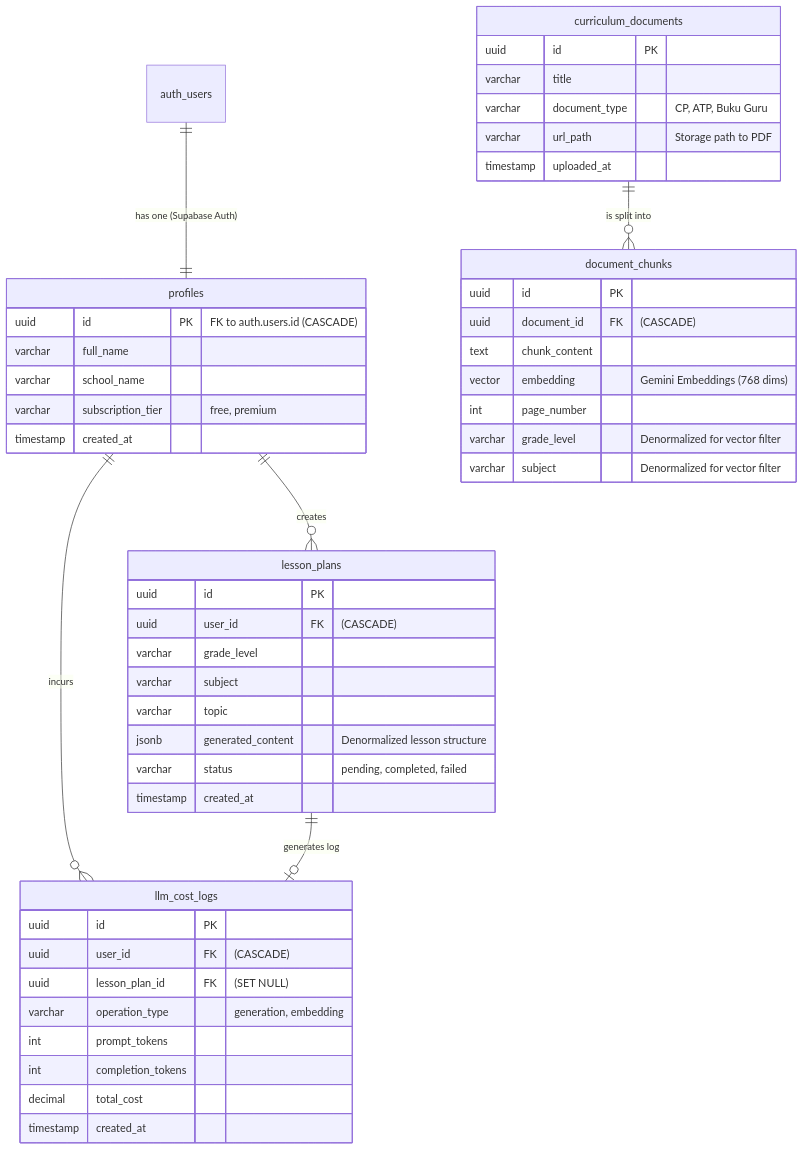
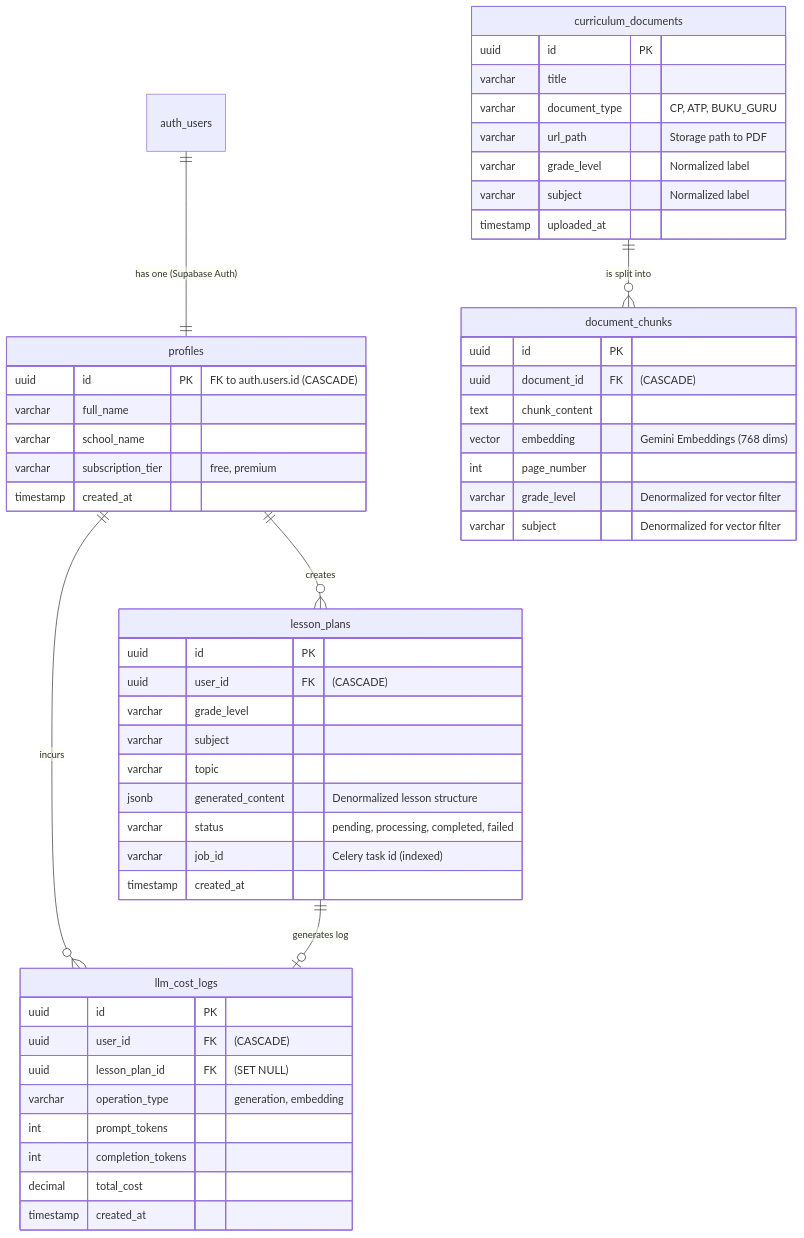
The diagram in sarpebe-backend/docs/DATABASE.md (ahmadammarm/sarpebe), drawn with Mermaid before and after one commit. The commit also changed other lines of this file and 3 other files, not shown here.

Commit message:
docs: reflect quota removal, DB-derived job status and new hooks

````diff
--- a/sarpebe-backend/docs/DATABASE.md
+++ b/sarpebe-backend/docs/DATABASE.md
@@ -7,58 +7,61 @@
 ```mermaid
 erDiagram
     auth_users ||--|| profiles : "has one (Supabase Auth)"
     profiles ||--o{ lesson_plans : "creates"
     profiles ||--o{ llm_cost_logs : "incurs"
     
     curriculum_documents ||--o{ document_chunks : "is split into"
     
     lesson_plans ||--o| llm_cost_logs : "generates log"
 
     profiles {
         uuid id PK "FK to auth.users.id (CASCADE)"
         varchar full_name
         varchar school_name
         varchar subscription_tier "free, premium"
         timestamp created_at
     }
 
     curriculum_documents {
         uuid id PK
         varchar title
-        varchar document_type "CP, ATP, Buku Guru"
+        varchar document_type "CP, ATP, BUKU_GURU"
         varchar url_path "Storage path to PDF"
+        varchar grade_level "Normalized label"
+        varchar subject "Normalized label"
         timestamp uploaded_at
     }
 
     document_chunks {
         uuid id PK
         uuid document_id FK "(CASCADE)"
         text chunk_content
         vector embedding "Gemini Embeddings (768 dims)"
         int page_number
         varchar grade_level "Denormalized for vector filter"
         varchar subject "Denormalized for vector filter"
     }
 
     lesson_plans {
         uuid id PK
         uuid user_id FK "(CASCADE)"
         varchar grade_level
         varchar subject
         varchar topic
         jsonb generated_content "Denormalized lesson structure"
-        varchar status "pending, completed, failed"
+        varchar status "pending, processing, completed, failed"
+        varchar job_id "Celery task id (indexed)"
         timestamp created_at
     }
 
     llm_cost_logs {
         uuid id PK
         uuid user_id FK "(CASCADE)"
         uuid lesson_plan_id FK "(SET NULL)"
         varchar operation_type "generation, embedding"
         int prompt_tokens
         int completion_tokens
         decimal total_cost
         timestamp created_at
     }
 ```
````
